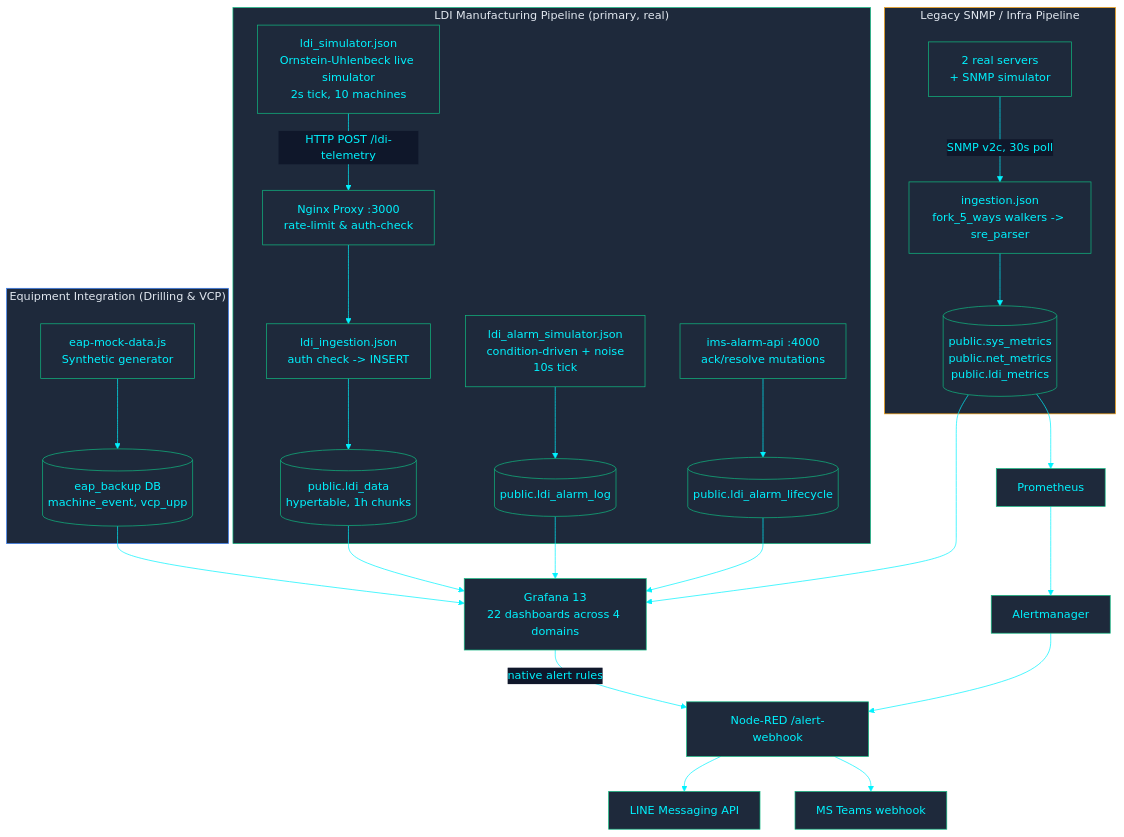
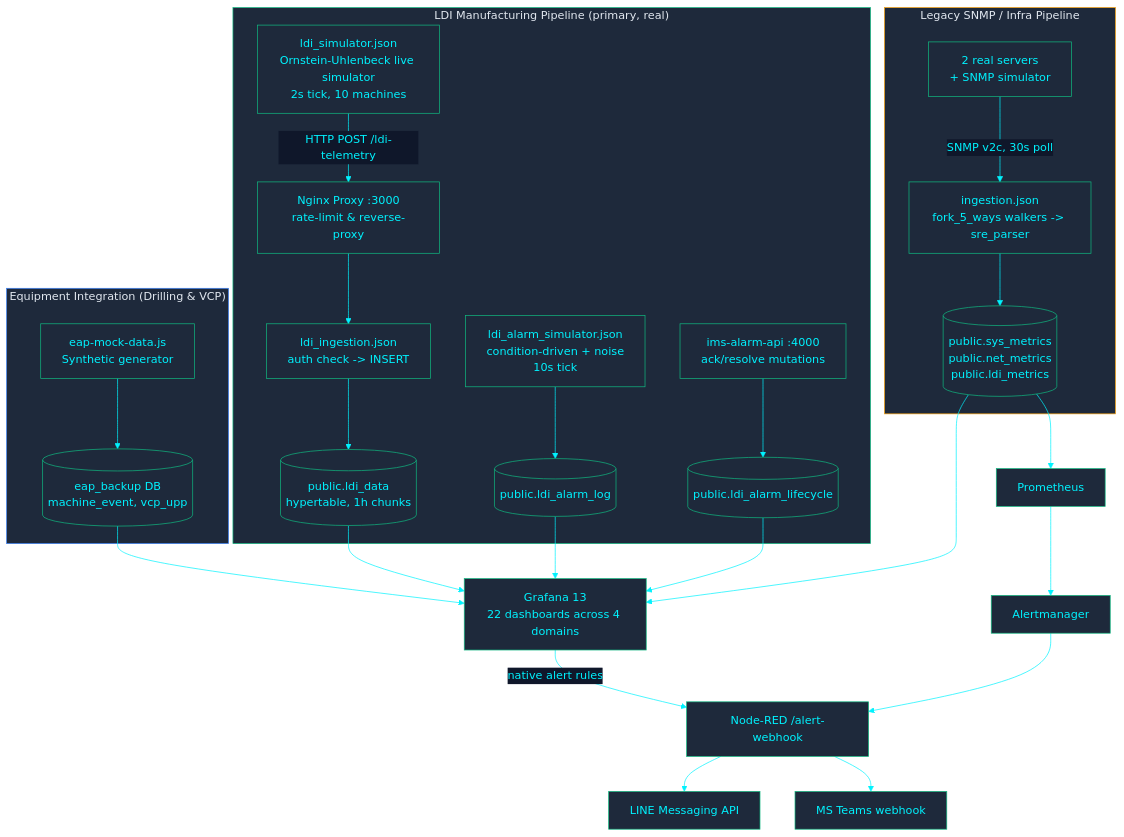
One commit to PATTANAKORN025/IMS changed the diagram in docs/architecture/ARCHITECTURE.md. Above: the diagram before and after it, drawn with Mermaid. The commit also changed 30 other files, not shown here.

````diff
--- a/docs/architecture/ARCHITECTURE.md
+++ b/docs/architecture/ARCHITECTURE.md
@@ -28,35 +28,35 @@
 ```mermaid
 %%{init: {'theme': 'base', 'themeVariables': { 'primaryColor': '#1e293b', 'primaryTextColor': '#00F2FE', 'primaryBorderColor': '#10B981', 'lineColor': '#00F2FE', 'secondaryColor': '#0f172a', 'tertiaryColor': '#0f172a', 'clusterBkg': '#030407', 'clusterBorder': '#00F2FE'}}}%%
 flowchart TB
  subgraph LDI ["LDI Manufacturing Pipeline (primary, real)"]
-  SIM["ldi_simulator.json\nOrnstein-Uhlenbeck live simulator\n2s tick, 10 machines"] -->|"HTTP POST /ldi-telemetry"| PROXY["Nginx Proxy :3000\nrate-limit & auth-check"]
+  SIM["ldi_simulator.json\nOrnstein-Uhlenbeck live simulator\n2s tick, 10 machines"] -->|"HTTP POST /ldi-telemetry"| PROXY["Nginx Proxy :3000\nrate-limit & reverse-proxy"]
   PROXY --> ING["ldi_ingestion.json\nauth check -> INSERT"]
   ING --> LDIDATA[("public.ldi_data\nhypertable, 1h chunks")]
   ALMSIM["ldi_alarm_simulator.json\ncondition-driven + noise\n10s tick"] --> ALARMLOG[("public.ldi_alarm_log")]
   ALARMAPI["ims-alarm-api :4000\nack/resolve mutations"] --> ALARMLC[("public.ldi_alarm_lifecycle")]
  end
 
  subgraph LEGACY ["Legacy SNMP / Infra Pipeline"]
   DEV["2 real servers\n+ SNMP simulator"] -->|"SNMP v2c, 30s poll"| NR["ingestion.json\nfork_5_ways walkers -> sre_parser"]
   NR --> SYSMETRICS[("public.sys_metrics\npublic.net_metrics\npublic.ldi_metrics")]
  end
 
  subgraph EAP ["Equipment Integration (Drilling & VCP)"]
   MOCK["eap-mock-data.js\nSynthetic generator"] --> EAPDB[("eap_backup DB\nmachine_event, vcp_upp")]
  end
 
  LDIDATA --> GRAFANA["Grafana 13\n22 dashboards across 4 domains"]
  ALARMLOG --> GRAFANA
  ALARMLC --> GRAFANA
  SYSMETRICS --> GRAFANA
  EAPDB --> GRAFANA
  SYSMETRICS --> PROM["Prometheus"]
  GRAFANA -->|"native alert rules"| NRWEBHOOK["Node-RED /alert-webhook"]
  PROM --> AM["Alertmanager"] --> NRWEBHOOK
  NRWEBHOOK --> LINE["LINE Messaging API"]
  NRWEBHOOK --> TEAMS["MS Teams webhook"]
 
  style LDI fill:#1e293b,stroke:#10B981,color:#e2e8f0
  style LEGACY fill:#1e293b,stroke:#F59E0B,color:#e2e8f0
  style EAP fill:#1e293b,stroke:#3B82F6,color:#e2e8f0
 ```
````
